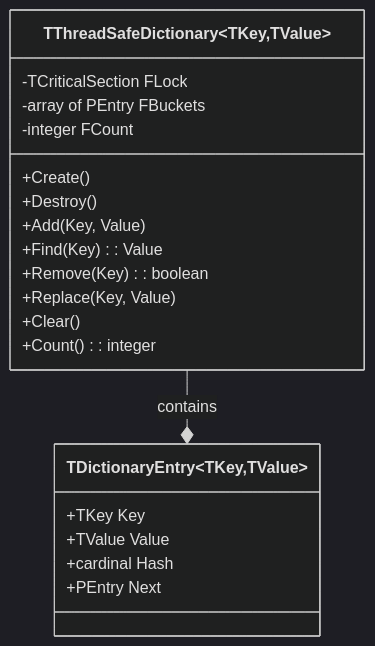
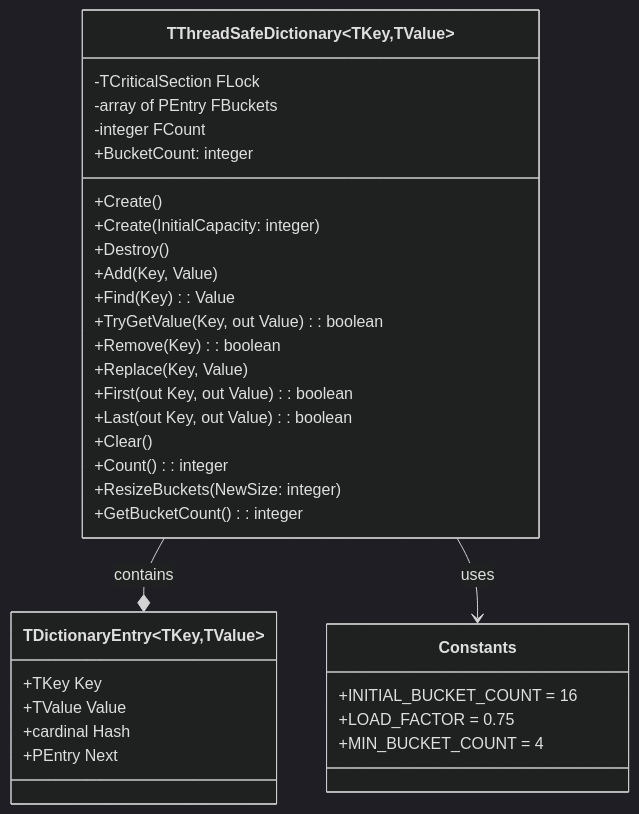
Before and after one commit to ikelaiah/threadsafecollections-fp: the diagram in docs/ThreadSafeCollection.Dictionary.md, drawn with Mermaid (dark theme). The commit also changed other lines of this file, not shown here.

````diff
--- a/docs/ThreadSafeCollection.Dictionary.md
+++ b/docs/ThreadSafeCollection.Dictionary.md
@@ -7,25 +7,39 @@
 ```mermaid
 classDiagram
     class TThreadSafeDictionary~TKey,TValue~ {
         -TCriticalSection FLock
         -array of PEntry FBuckets
         -integer FCount
         +Create()
+        +Create(InitialCapacity: integer)
         +Destroy()
         +Add(Key, Value)
         +Find(Key): Value
+        +TryGetValue(Key, out Value): boolean
         +Remove(Key): boolean
         +Replace(Key, Value)
+        +First(out Key, out Value): boolean
+        +Last(out Key, out Value): boolean
         +Clear()
         +Count(): integer
+        +ResizeBuckets(NewSize: integer)
+        +GetBucketCount(): integer
+        +BucketCount: integer
     }
     
     class TDictionaryEntry~TKey,TValue~ {
         +TKey Key
         +TValue Value
         +cardinal Hash
         +PEntry Next
     }
 
+    class Constants {
+        +INITIAL_BUCKET_COUNT = 16
+        +LOAD_FACTOR = 0.75
+        +MIN_BUCKET_COUNT = 4
+    }
+
     TThreadSafeDictionary --* TDictionaryEntry : contains
+    TThreadSafeDictionary --> Constants : uses
 ```
````
